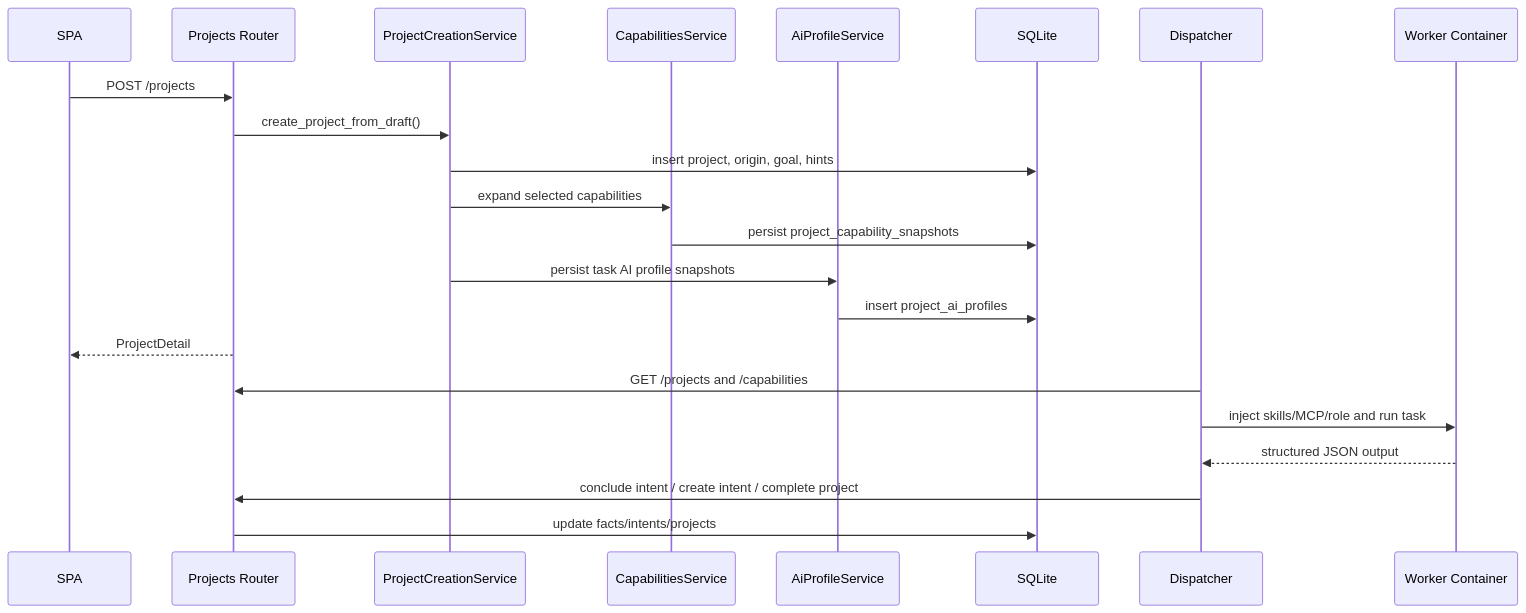
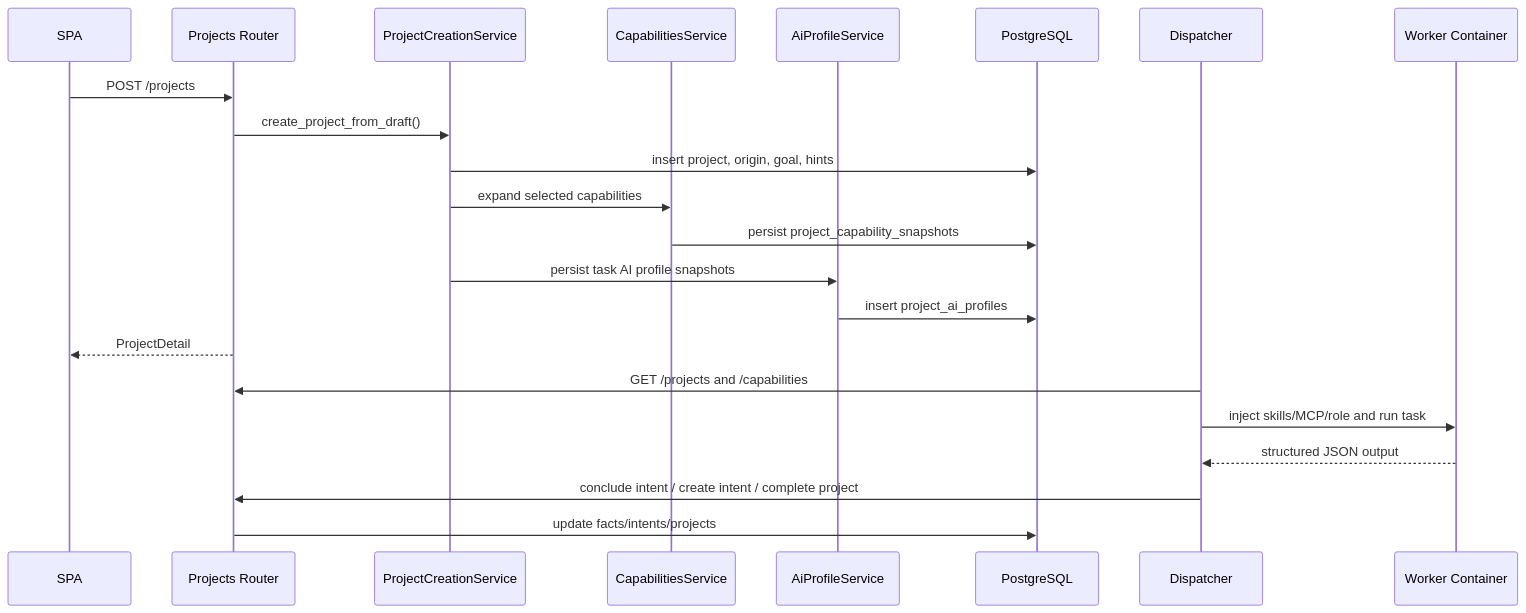
The third of 3 diagrams in AI/ARCHITECTURE.md (j7ur8/Cairn), drawn with Mermaid before and after one commit. The commit also changed other lines of this file and 42 other files, not shown here.

Commit message:
Migrate server storage to PostgreSQL

````diff
--- a/AI/ARCHITECTURE.md
+++ b/AI/ARCHITECTURE.md
@@ -150,26 +150,26 @@
 ```mermaid
 sequenceDiagram
     participant UI as SPA
     participant API as Projects Router
     participant PCS as ProjectCreationService
     participant CAP as CapabilitiesService
     participant AI as AiProfileService
-    participant DB as SQLite
+    participant DB as PostgreSQL
     participant DISP as Dispatcher
     participant W as Worker Container
 
     UI->>API: POST /projects
     API->>PCS: create_project_from_draft()
     PCS->>DB: insert project, origin, goal, hints
     PCS->>CAP: expand selected capabilities
     CAP->>DB: persist project_capability_snapshots
     PCS->>AI: persist task AI profile snapshots
     AI->>DB: insert project_ai_profiles
     API-->>UI: ProjectDetail
 
     DISP->>API: GET /projects and /capabilities
     DISP->>W: inject skills/MCP/role and run task
     W-->>DISP: structured JSON output
     DISP->>API: conclude intent / create intent / complete project
     API->>DB: update facts/intents/projects
 ```
````
